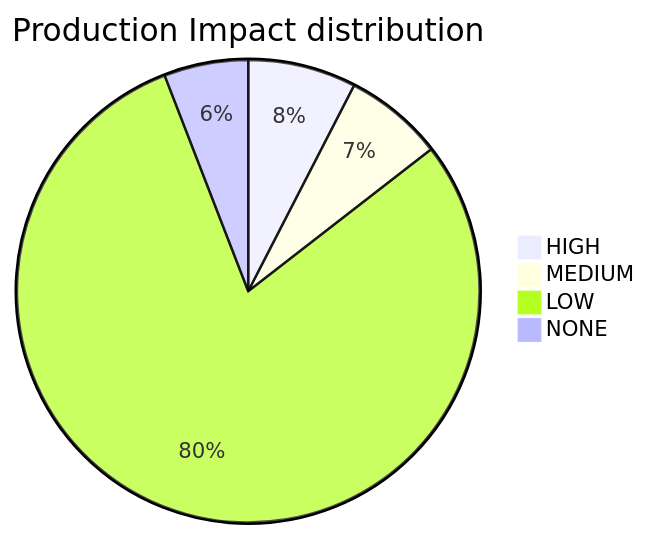
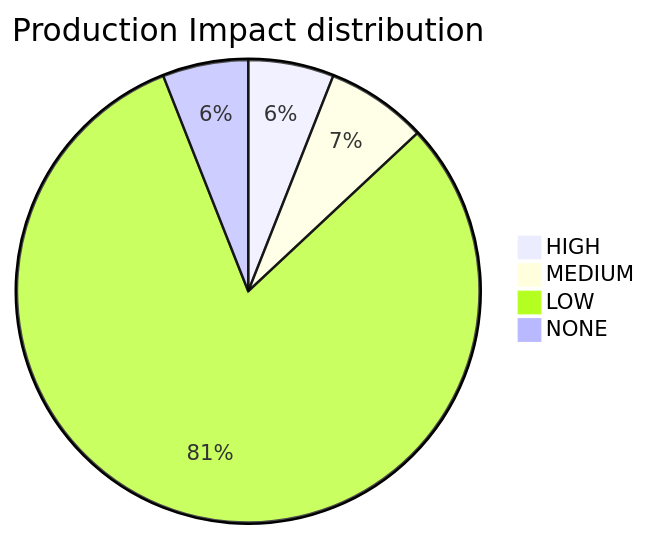
One commit to mikeybeezy/goldenpath-idp-infra changed the diagram in PLATFORM_HEALTH.md. Above: the diagram before and after it, drawn with Mermaid. The commit also changed other lines of this file, not shown here.

````diff
--- a/PLATFORM_HEALTH.md
+++ b/PLATFORM_HEALTH.md
@@ -55,7 +55,7 @@
 ```mermaid
 pie title Production Impact distribution
-    "HIGH" : 36
+    "HIGH" : 28
     "MEDIUM" : 33
     "LOW" : 379
     "NONE" : 28
 ```
````
